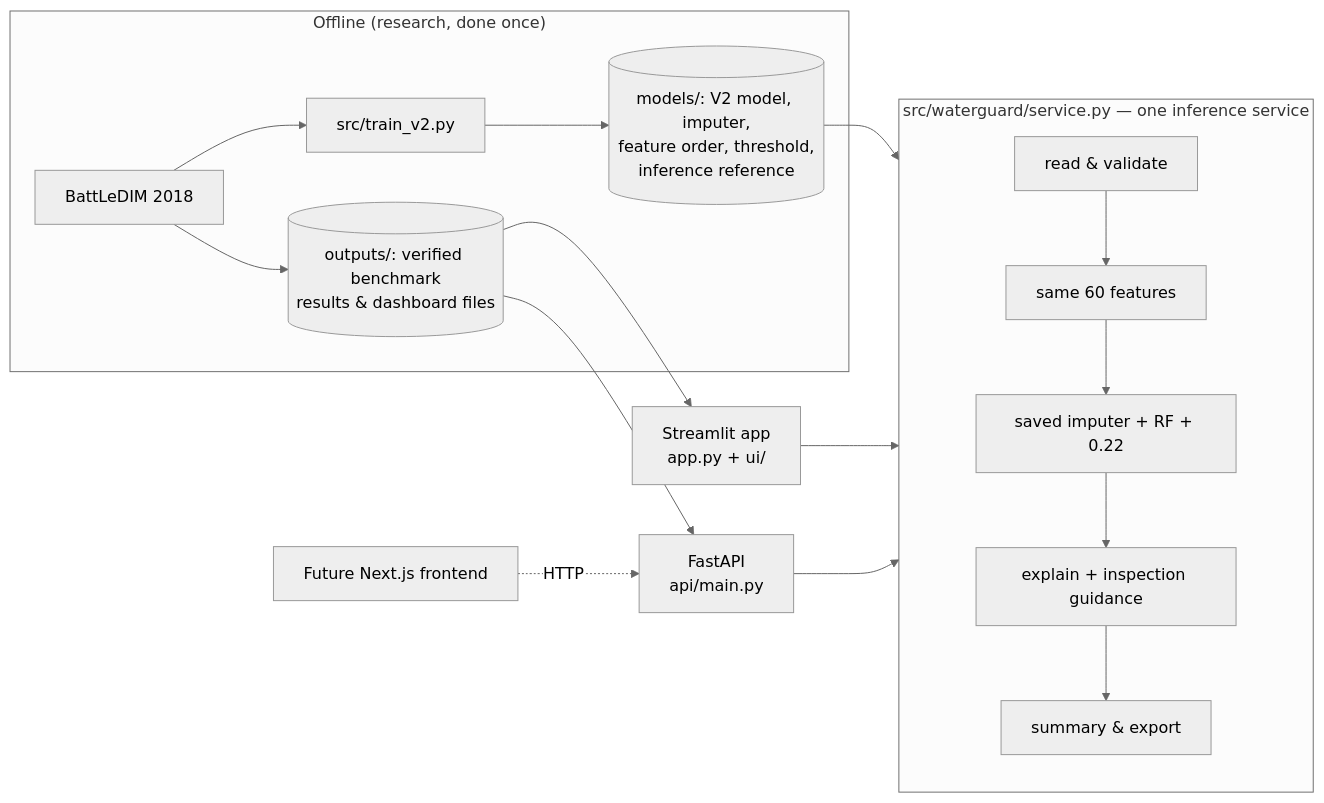
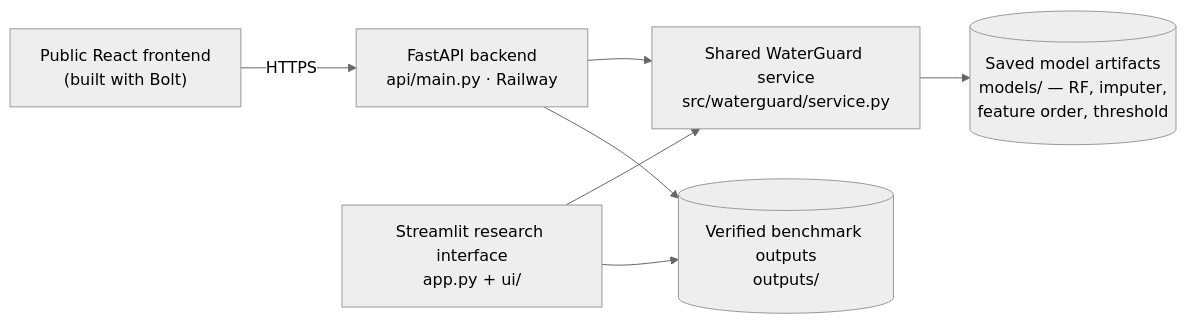
Before and after one commit to emanmusheer2008-glitch/waterguard-ai-saudi: the diagram in README.md, drawn with Mermaid (neutral theme). The commit also changed other lines of this file and 15 other files, not shown here.

````diff
--- a/README.md
+++ b/README.md
@@ -109,16 +53,9 @@
 ```mermaid
 flowchart LR
-    subgraph Offline["Offline (research, done once)"]
-        R[BattLeDIM 2018] --> T[src/train_v2.py] --> M[(models/: V2 model, imputer,<br/>feature order, threshold,<br/>inference reference)]
-        R --> O[(outputs/: verified benchmark<br/>results & dashboard files)]
-    end
-    subgraph Service["src/waterguard/service.py — one inference service"]
-        V[read & validate] --> F[same 60 features] --> I[saved imputer + RF + 0.22] --> E[explain + inspection guidance] --> S[summary & export]
-    end
-    M --> Service
-    U1[Streamlit app<br/>app.py + ui/] --> Service
-    U2[FastAPI<br/>api/main.py] --> Service
-    FE[Future Next.js frontend] -. HTTP .-> U2
-    O --> U1
-    O --> U2
+    FE["Public React frontend<br/>(built with Bolt)"] -- HTTPS --> API["FastAPI backend<br/>api/main.py · Railway"]
+    ST["Streamlit research interface<br/>app.py + ui/"] --> SVC
+    API --> SVC["Shared WaterGuard service<br/>src/waterguard/service.py"]
+    SVC --> ART[("Saved model artifacts<br/>models/ — RF, imputer,<br/>feature order, threshold")]
+    API --> OUT[("Verified benchmark outputs<br/>outputs/")]
+    ST --> OUT
 ```
````
